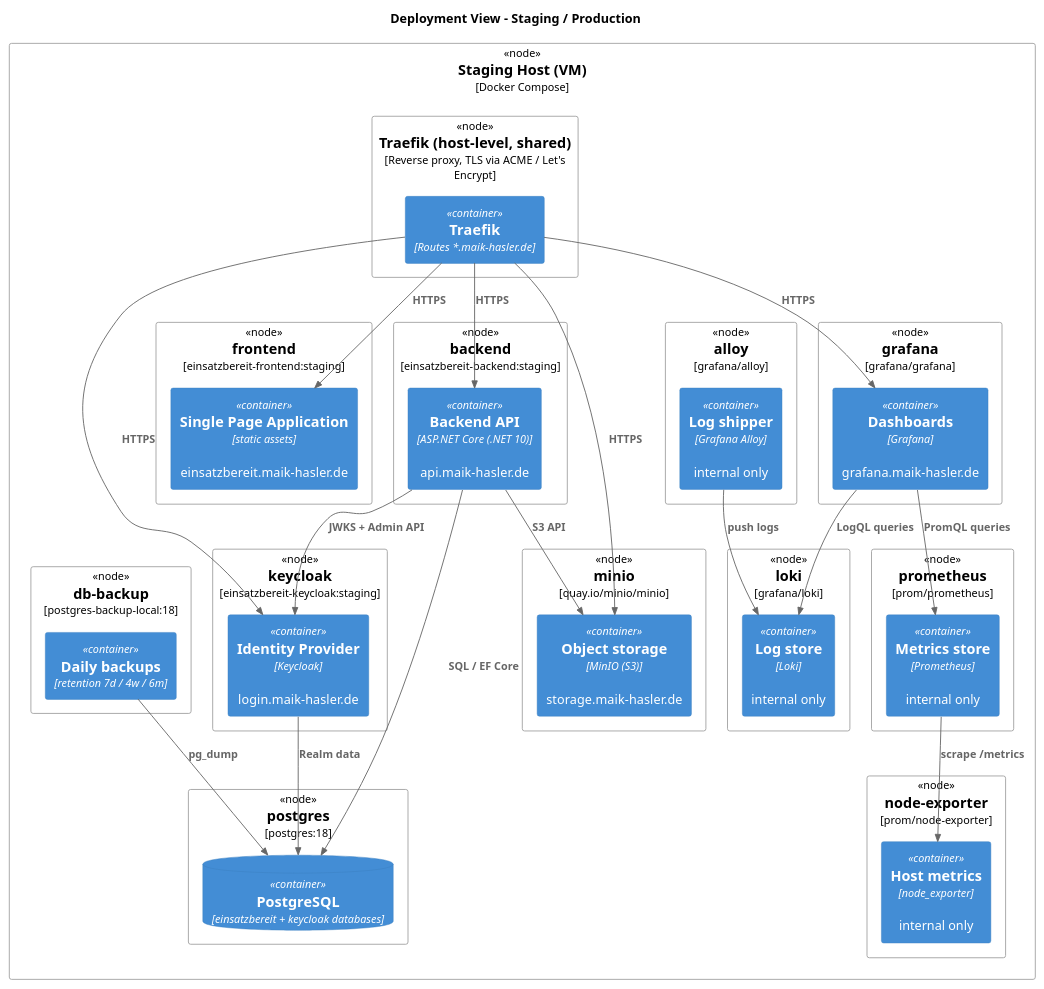
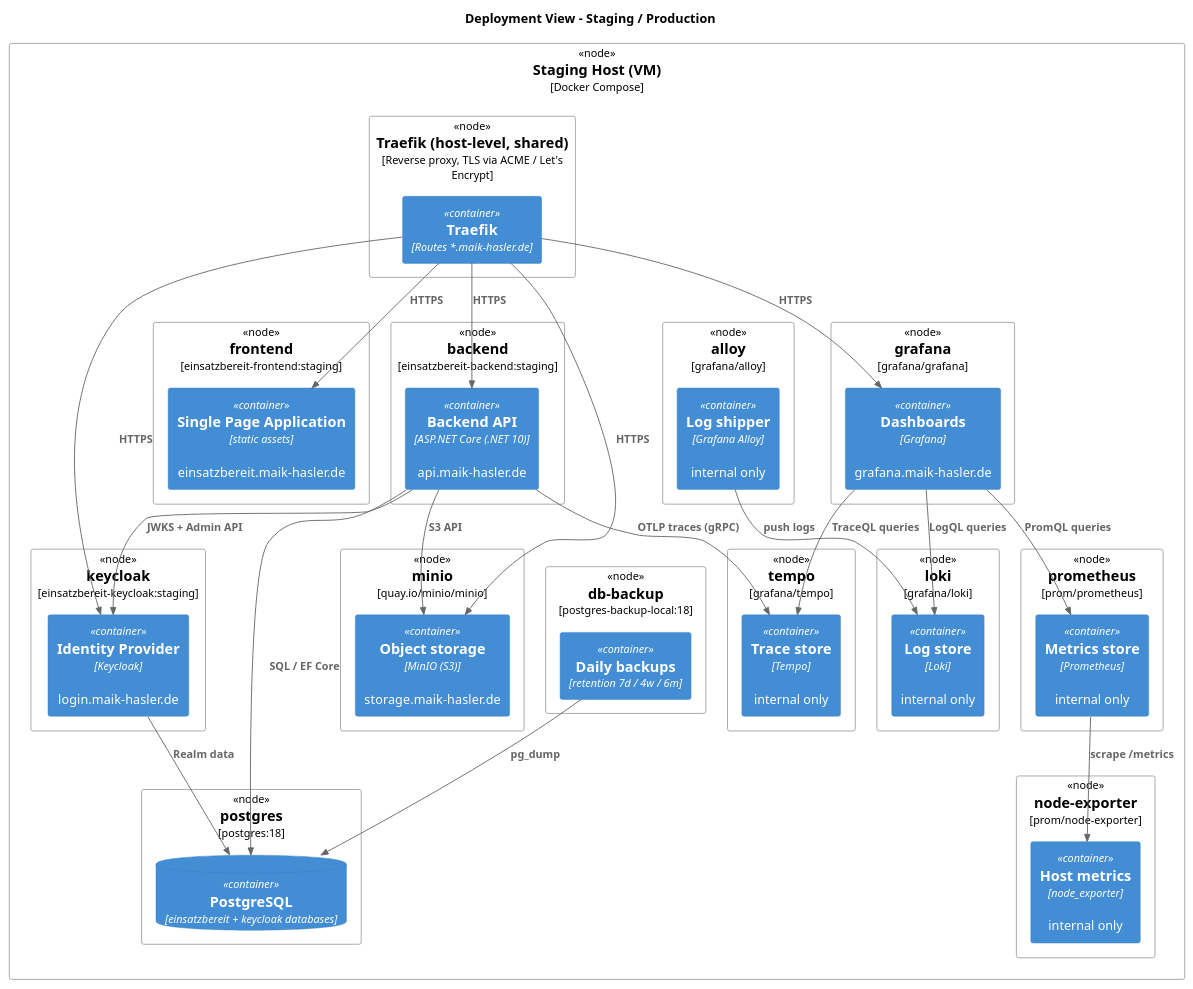
One commit to maik-hasler/einsatzbereit changed the diagram in docs/Architecture/images/deployment-staging.puml. Above: the diagram before and after it, drawn with PlantUML. The commit also changed 7 other files, not shown here.

First line of the commit message:
fix: enable HTTP request logging and export traces to Grafana Tempo (#1488)

```diff
--- a/docs/Architecture/images/deployment-staging.puml
+++ b/docs/Architecture/images/deployment-staging.puml
@@ -1,73 +1,79 @@
 @startuml Staging Deployment
 
 !include <C4/C4_Deployment>
 
 title Deployment View - Staging / Production
 
 Deployment_Node(host, "Staging Host (VM)", "Docker Compose") {
 
 	Deployment_Node(traefik_node, "Traefik (host-level, shared)", "Reverse proxy, TLS via ACME / Let's Encrypt") {
 		Container(traefik, "Traefik", "Routes *.maik-hasler.de")
 	}
 
 	Deployment_Node(fe_node, "frontend", "einsatzbereit-frontend:staging") {
 		Container(fe, "Single Page Application", "static assets", "einsatzbereit.maik-hasler.de")
 	}
 
 	Deployment_Node(be_node, "backend", "einsatzbereit-backend:staging") {
 		Container(be, "Backend API", "ASP.NET Core (.NET 10)", "api.maik-hasler.de")
 	}
 
 	Deployment_Node(kc_node, "keycloak", "einsatzbereit-keycloak:staging") {
 		Container(kc, "Identity Provider", "Keycloak", "login.maik-hasler.de")
 	}
 
 	Deployment_Node(mo_node, "minio", "quay.io/minio/minio") {
 		Container(mo, "Object storage", "MinIO (S3)", "storage.maik-hasler.de")
 	}
 
 	Deployment_Node(pg_node, "postgres", "postgres:18") {
 		ContainerDb(pg, "PostgreSQL", "einsatzbereit + keycloak databases")
 	}
 
 	Deployment_Node(bk_node, "db-backup", "postgres-backup-local:18") {
 		Container(bk, "Daily backups", "retention 7d / 4w / 6m")
 	}
 
 	Deployment_Node(gf_node, "grafana", "grafana/grafana") {
 		Container(gf, "Dashboards", "Grafana", "grafana.maik-hasler.de")
 	}
 
 	Deployment_Node(pr_node, "prometheus", "prom/prometheus") {
 		Container(pr, "Metrics store", "Prometheus", "internal only")
 	}
 
 	Deployment_Node(ne_node, "node-exporter", "prom/node-exporter") {
 		Container(ne, "Host metrics", "node_exporter", "internal only")
 	}
 
 	Deployment_Node(lo_node, "loki", "grafana/loki") {
 		Container(lo, "Log store", "Loki", "internal only")
 	}
 
 	Deployment_Node(al_node, "alloy", "grafana/alloy") {
 		Container(al, "Log shipper", "Grafana Alloy", "internal only")
 	}
+
+	Deployment_Node(tm_node, "tempo", "grafana/tempo") {
+		Container(tm, "Trace store", "Tempo", "internal only")
+	}
 }
 
 Rel(traefik, fe, "HTTPS")
 Rel(traefik, be, "HTTPS")
 Rel(traefik, kc, "HTTPS")
 Rel(traefik, mo, "HTTPS")
 Rel(traefik, gf, "HTTPS")
 Rel(be, pg, "SQL / EF Core")
 Rel(be, kc, "JWKS + Admin API")
 Rel(be, mo, "S3 API")
 Rel(kc, pg, "Realm data")
 Rel(bk, pg, "pg_dump")
 Rel(gf, pr, "PromQL queries")
 Rel(gf, lo, "LogQL queries")
+Rel(gf, tm, "TraceQL queries")
 Rel(pr, ne, "scrape /metrics")
 Rel(al, lo, "push logs")
+Rel(be, tm, "OTLP traces (gRPC)")
 
 @enduml
```
